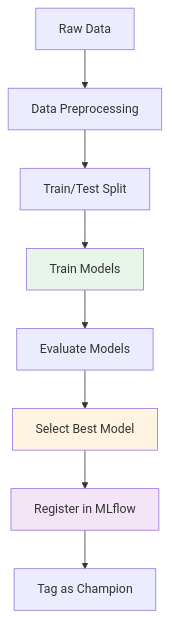
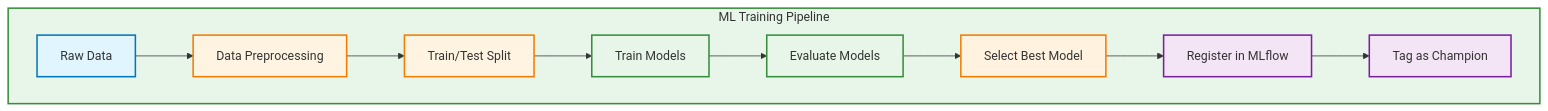
Before and after one commit to 2024aa05820/heart-disease-mlops: the seventh of 9 diagrams in README.md, drawn with Mermaid. The commit also changed other lines of this file and 1 other file, not shown here.

First line of the commit message:
Update Mermaid diagrams to top-to-bottom with color styling and configure Jenkins for PR merge

````diff
--- a/README.md
+++ b/README.md
@@ -410,14 +452,22 @@
 ```mermaid
 graph TB
-    A[Raw Data] --> B[Data Preprocessing]
-    B --> C[Train/Test Split]
-    C --> D[Train Models]
-    D --> E[Evaluate Models]
-    E --> F[Select Best Model]
-    F --> G[Register in MLflow]
-    G --> H[Tag as Champion]
+    subgraph ML_TRAIN["ML Training Pipeline"]
+        A["Raw Data"] --> B["Data Preprocessing"]
+        B --> C["Train/Test Split"]
+        C --> D["Train Models"]
+        D --> E["Evaluate Models"]
+        E --> F["Select Best Model"]
+        F --> G["Register in MLflow"]
+        G --> H["Tag as Champion"]
+    end
     
-    style D fill:#e8f5e9
-    style F fill:#fff4e1
-    style G fill:#f3e5f5
+    style ML_TRAIN fill:#e8f5e9,stroke:#388e3c,stroke-width:2px
+    style A fill:#e1f5ff,stroke:#0277bd,stroke-width:2px
+    style B fill:#fff4e1,stroke:#f57c00,stroke-width:2px
+    style C fill:#fff4e1,stroke:#f57c00,stroke-width:2px
+    style D fill:#e8f5e9,stroke:#388e3c,stroke-width:2px
+    style E fill:#e8f5e9,stroke:#388e3c,stroke-width:2px
+    style F fill:#fff3e0,stroke:#f57c00,stroke-width:2px
+    style G fill:#f3e5f5,stroke:#7b1fa2,stroke-width:2px
+    style H fill:#f3e5f5,stroke:#7b1fa2,stroke-width:2px
 ```
````
